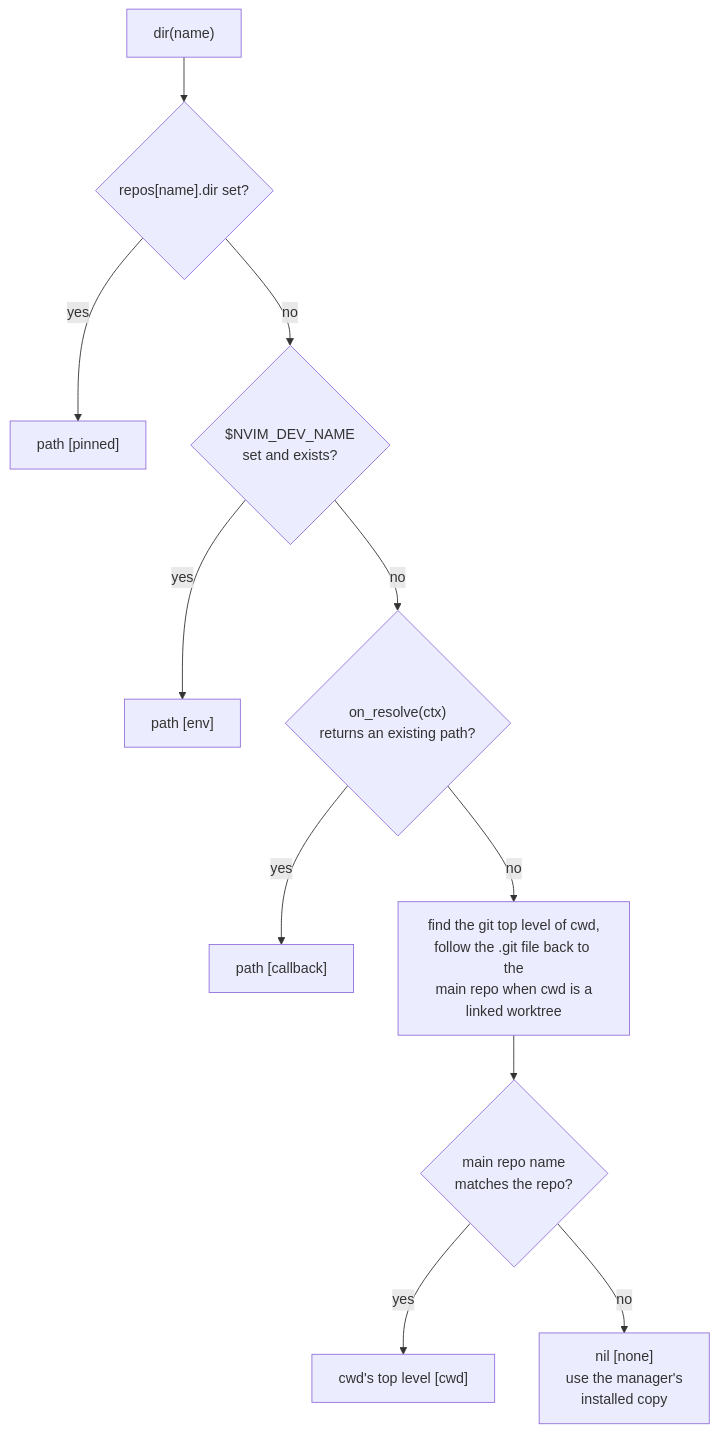
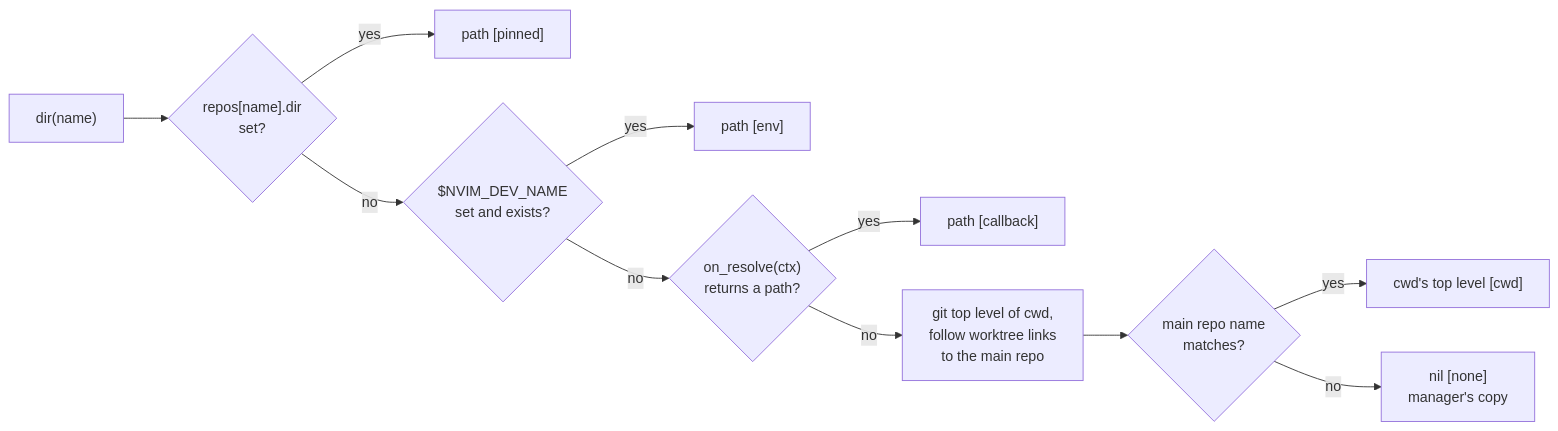
One commit to williambdean/devwhere.nvim changed the diagram in README.md. Above: the diagram before and after it, drawn with Mermaid.

Commit message:
docs: render resolution diagram horizontally

````diff
--- a/README.md
+++ b/README.md
@@ -57,13 +57,13 @@
 ```mermaid
-flowchart TD
-    START["dir(name)"] --> PIN{"repos[name].dir set?"}
+flowchart LR
+    START["dir(name)"] --> PIN{"repos[name].dir<br/>set?"}
     PIN -- "yes" --> PINNED["path [pinned]"]
     PIN -- "no" --> ENV{"$NVIM_DEV_NAME<br/>set and exists?"}
     ENV -- "yes" --> ENVP["path [env]"]
-    ENV -- "no" --> CB{"on_resolve(ctx)<br/>returns an existing path?"}
+    ENV -- "no" --> CB{"on_resolve(ctx)<br/>returns a path?"}
     CB -- "yes" --> CBP["path [callback]"]
-    CB -- "no" --> GIT["find the git top level of cwd,<br/>follow the .git file back to the<br/>main repo when cwd is a<br/>linked worktree"]
-    GIT --> MATCH{"main repo name<br/>matches the repo?"}
+    CB -- "no" --> GIT["git top level of cwd,<br/>follow worktree links<br/>to the main repo"]
+    GIT --> MATCH{"main repo name<br/>matches?"}
     MATCH -- "yes" --> CWDP["cwd's top level [cwd]"]
-    MATCH -- "no" --> NONE["nil [none]<br/>use the manager's<br/>installed copy"]
+    MATCH -- "no" --> NONE["nil [none]<br/>manager's copy"]
 ```
````
